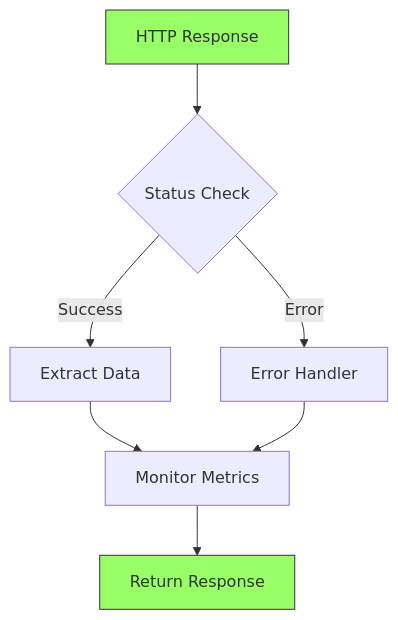
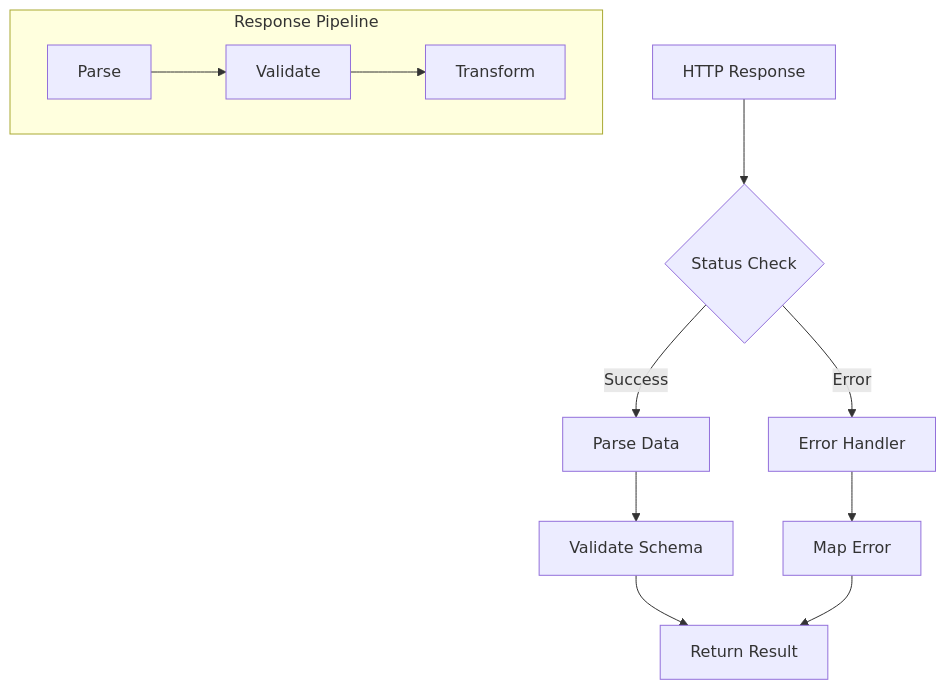
The third of 5 diagrams in documentation/design/HTTP_Client_Design.md (tonglam/letletme_data), drawn with Mermaid before and after one commit. The commit also changed other lines of this file and 15 other files, not shown here.

````diff
--- a/documentation/design/HTTP_Client_Design.md
+++ b/documentation/design/HTTP_Client_Design.md
@@ -39,12 +72,18 @@
 ```mermaid
 graph TD
     A[HTTP Response] --> B{Status Check}
-    B -->|Success| C[Extract Data]
+    B -->|Success| C[Parse Data]
     B -->|Error| D[Error Handler]
-    C --> E[Monitor Metrics]
-    D --> E
-    E --> F[Return Response]
+    C --> E[Validate Schema]
+    D --> F[Map Error]
+    E & F --> G[Return Result]
 
-    style A fill:#9f6,stroke:#333
-    style F fill:#9f6,stroke:#333
+    subgraph Response Pipeline
+        H[Parse]
+        I[Validate]
+        J[Transform]
+
+        H --> I
+        I --> J
+    end
 ```
````
